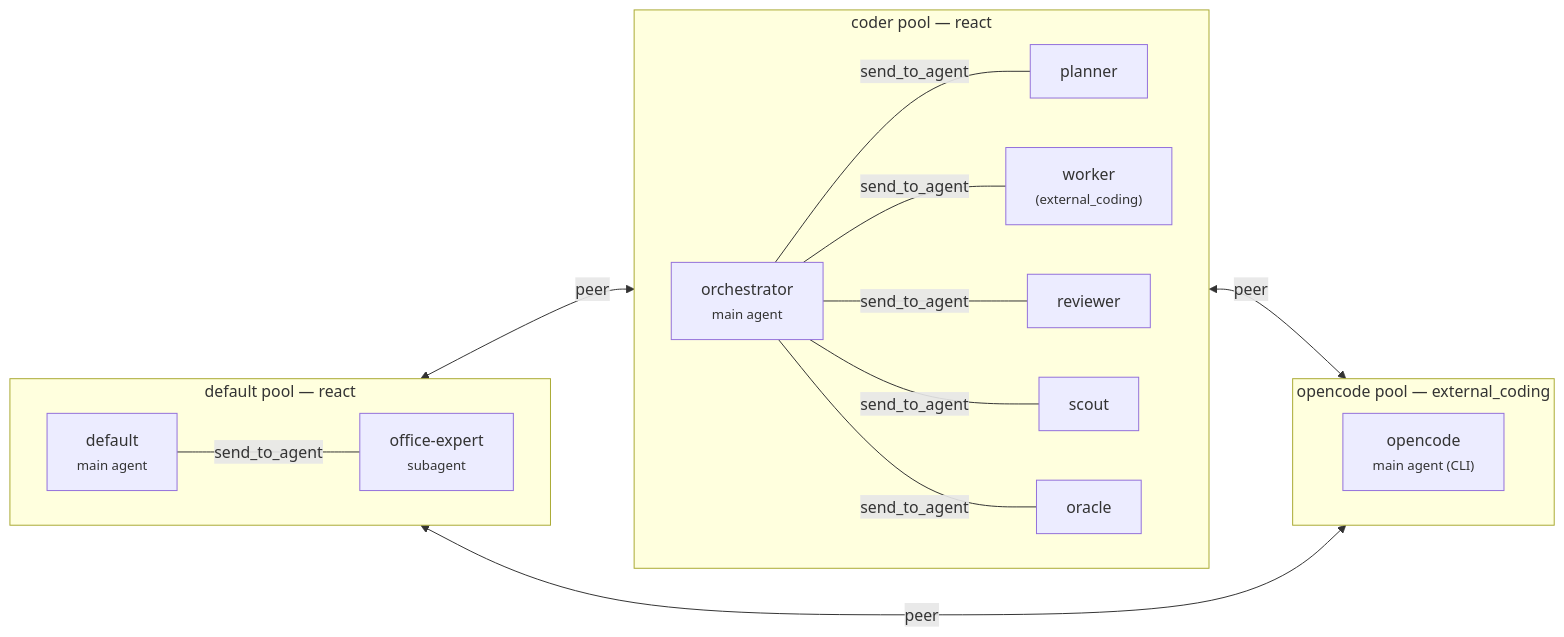
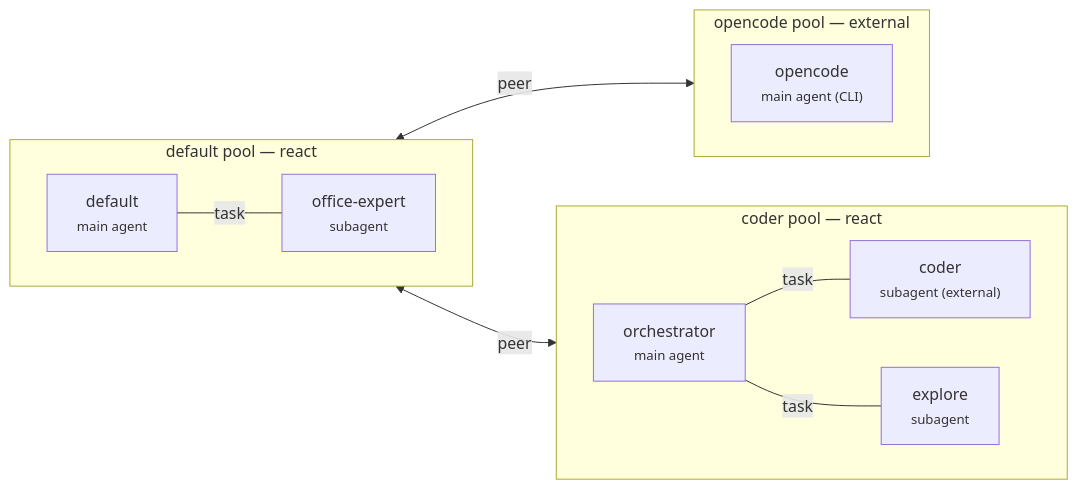
The diagram in docs/docs/concepts/multi-agent.en.md (moyu-er/modex-agent), drawn with Mermaid before and after one commit. The commit also changed other lines of this file and 8 other files, not shown here.

````diff
--- a/docs/docs/concepts/multi-agent.en.md
+++ b/docs/docs/concepts/multi-agent.en.md
@@ -109,31 +133,24 @@
 ```mermaid
 flowchart LR
     subgraph PD["default pool — react"]
         direction LR
         MD["default<br/><small>main agent</small>"]
         OE["office-expert<br/><small>subagent</small>"]
-        MD ---|send_to_agent| OE
+        MD ---|task| OE
     end
     subgraph PC["coder pool — react"]
         direction LR
         MO["orchestrator<br/><small>main agent</small>"]
-        PL["planner"]
-        WK["worker<br/><small>(external_coding)</small>"]
-        RV["reviewer"]
-        SC["scout"]
-        OR["oracle"]
-        MO ---|send_to_agent| PL
-        MO ---|send_to_agent| WK
-        MO ---|send_to_agent| RV
-        MO ---|send_to_agent| SC
-        MO ---|send_to_agent| OR
+        CD["coder<br/><small>subagent (external)</small>"]
+        EX["explore<br/><small>subagent</small>"]
+        MO ---|task| CD
+        MO ---|task| EX
     end
-    subgraph PE["opencode pool — external_coding"]
+    subgraph PE["opencode pool — external"]
         direction LR
         MOC["opencode<br/><small>main agent (CLI)</small>"]
     end
 
     MD <-->|peer| MO
     MD <-->|peer| MOC
-    MO <-->|peer| MOC
 ```
````
